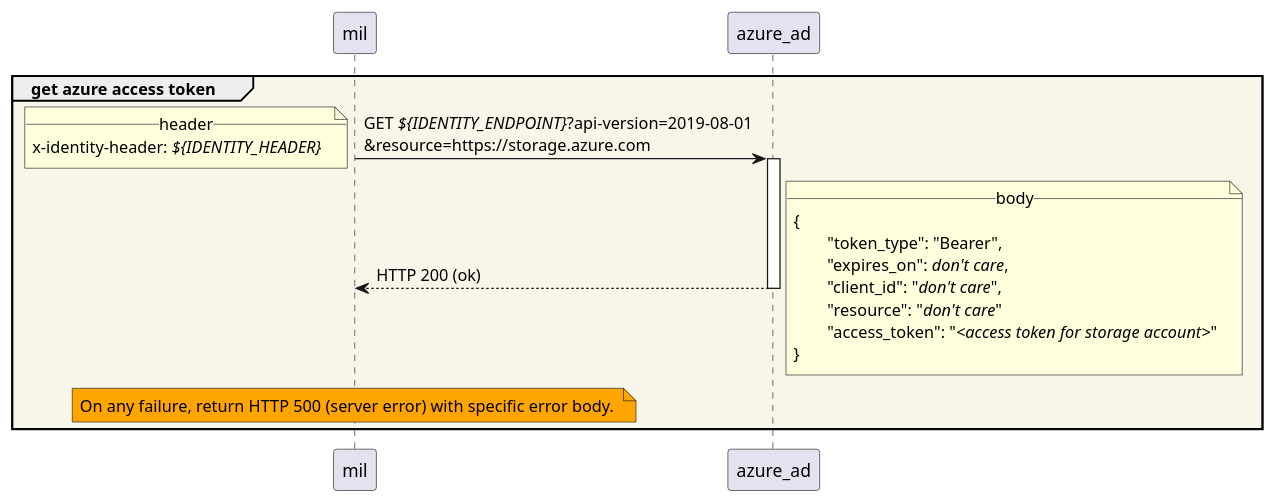
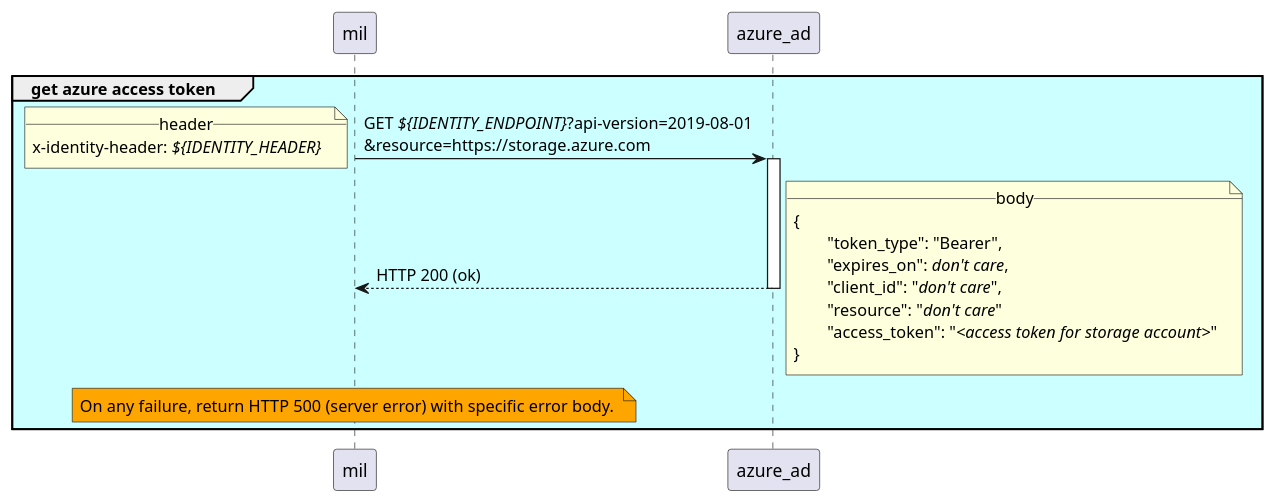
The diagram in sequence_diags/pagoPA/pos_management/get_azure_access_token_for_storage.puml (pagopa/mil-diags), drawn with PlantUML before and after one commit. The commit also changed 26 other files, not shown here.

```diff
--- a/sequence_diags/pagoPA/pos_management/get_azure_access_token_for_storage.puml
+++ b/sequence_diags/pagoPA/pos_management/get_azure_access_token_for_storage.puml
@@ -1,23 +1,23 @@
-group #F8F5E9 get azure access token
+group #CCFFFF get azure access token
 	mil -> azure_ad ++ : GET //${IDENTITY_ENDPOINT}//?api-version=2019-08-01\n&resource=https://storage.azure.com
 		note left
 			__header__
 			x-identity-header: //${IDENTITY_HEADER}//
 		end note
 
 	azure_ad --> mil -- : HTTP 200 (ok) 
 		note right
 			__body__
 			{
 				"token_type": "Bearer",
 				"expires_on": //don't care//,
 				"client_id": "//don't care//",
 				"resource": "//don't care//"
 				"access_token": "//<access token for storage account>//"
 			}
 		end note
 
     note over mil #Orange
 		On any failure, return HTTP 500 (server error) with specific error body. 
 	end note
 end
```
